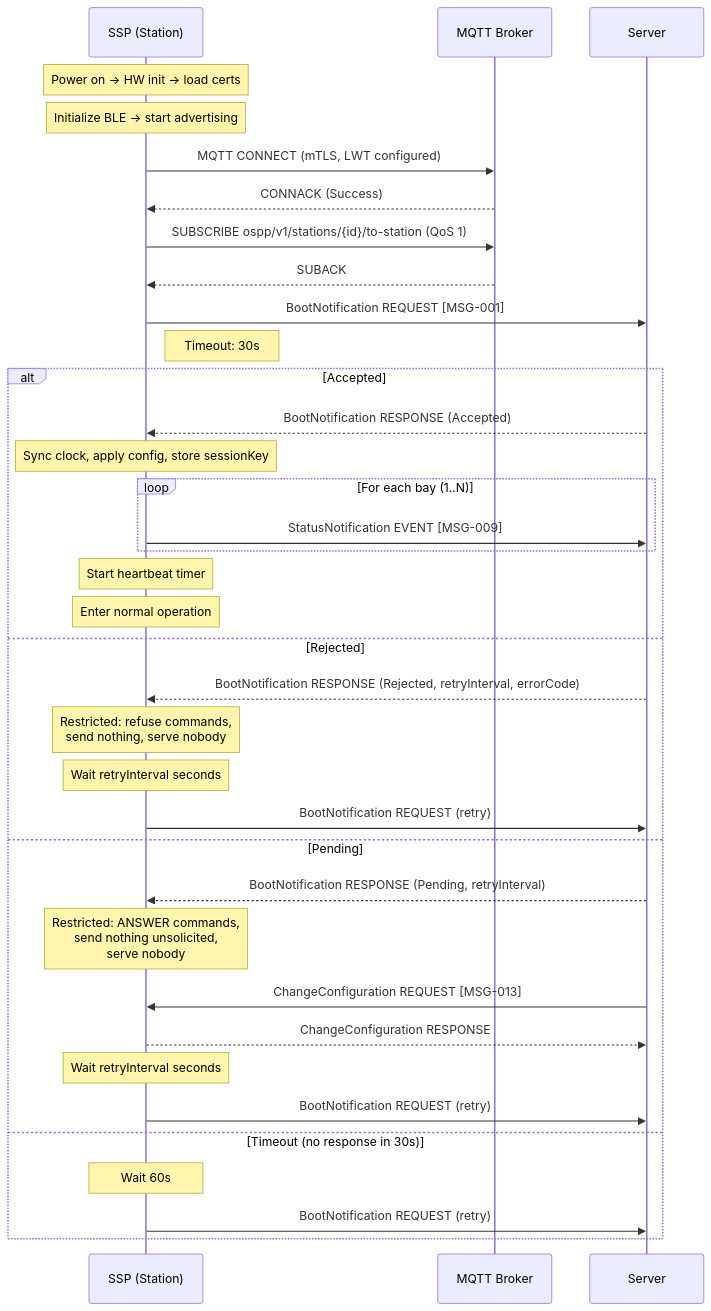
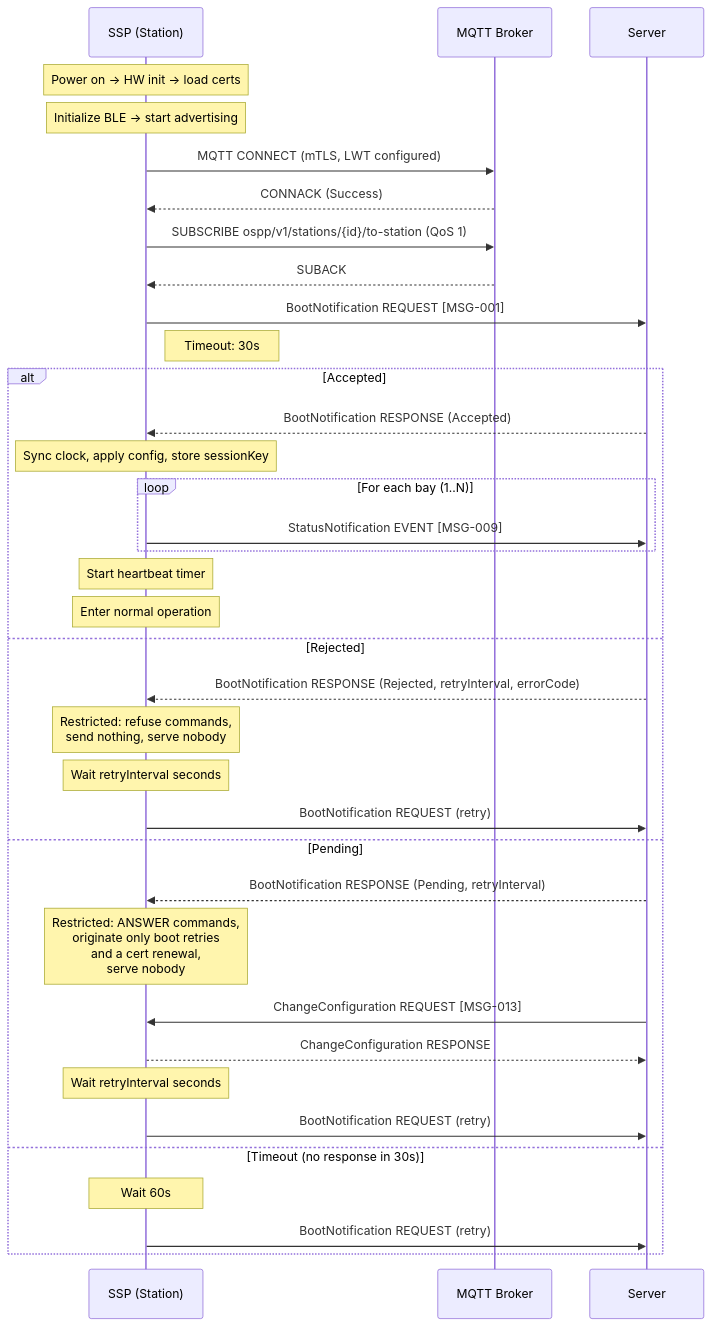
Before and after one commit to ospp-org/spec: the first of 19 diagrams in spec/04-flows.md, drawn with Mermaid. The commit also changed other lines of this file and 32 other files, not shown here.

````diff
--- a/spec/04-flows.md
+++ b/spec/04-flows.md
@@ -97,47 +97,47 @@
 ```mermaid
 sequenceDiagram
     participant SSP as SSP (Station)
     participant Broker as MQTT Broker
     participant Server
 
     Note over SSP: Power on → HW init → load certs
     Note over SSP: Initialize BLE → start advertising
 
     SSP->>Broker: MQTT CONNECT (mTLS, LWT configured)
     Broker-->>SSP: CONNACK (Success)
     SSP->>Broker: SUBSCRIBE ospp/v1/stations/{id}/to-station (QoS 1)
     Broker-->>SSP: SUBACK
 
     SSP->>Server: BootNotification REQUEST [MSG-001]
     Note right of SSP: Timeout: 30s
 
     alt Accepted
         Server-->>SSP: BootNotification RESPONSE (Accepted)
         Note over SSP: Sync clock, apply config, store sessionKey
 
         loop For each bay (1..N)
             SSP->>Server: StatusNotification EVENT [MSG-009]
         end
 
         Note over SSP: Start heartbeat timer
         Note over SSP: Enter normal operation
 
     else Rejected
         Server-->>SSP: BootNotification RESPONSE (Rejected, retryInterval, errorCode)
         Note over SSP: Restricted: refuse commands,<br/>send nothing, serve nobody
         Note over SSP: Wait retryInterval seconds
         SSP->>Server: BootNotification REQUEST (retry)
 
     else Pending
         Server-->>SSP: BootNotification RESPONSE (Pending, retryInterval)
-        Note over SSP: Restricted: ANSWER commands,<br/>send nothing unsolicited,<br/>serve nobody
+        Note over SSP: Restricted: ANSWER commands,<br/>originate only boot retries<br/>and a cert renewal,<br/>serve nobody
         Server->>SSP: ChangeConfiguration REQUEST [MSG-013]
         SSP-->>Server: ChangeConfiguration RESPONSE
         Note over SSP: Wait retryInterval seconds
         SSP->>Server: BootNotification REQUEST (retry)
 
     else Timeout (no response in 30s)
         Note over SSP: Wait 60s
         SSP->>Server: BootNotification REQUEST (retry)
     end
 ```
````
